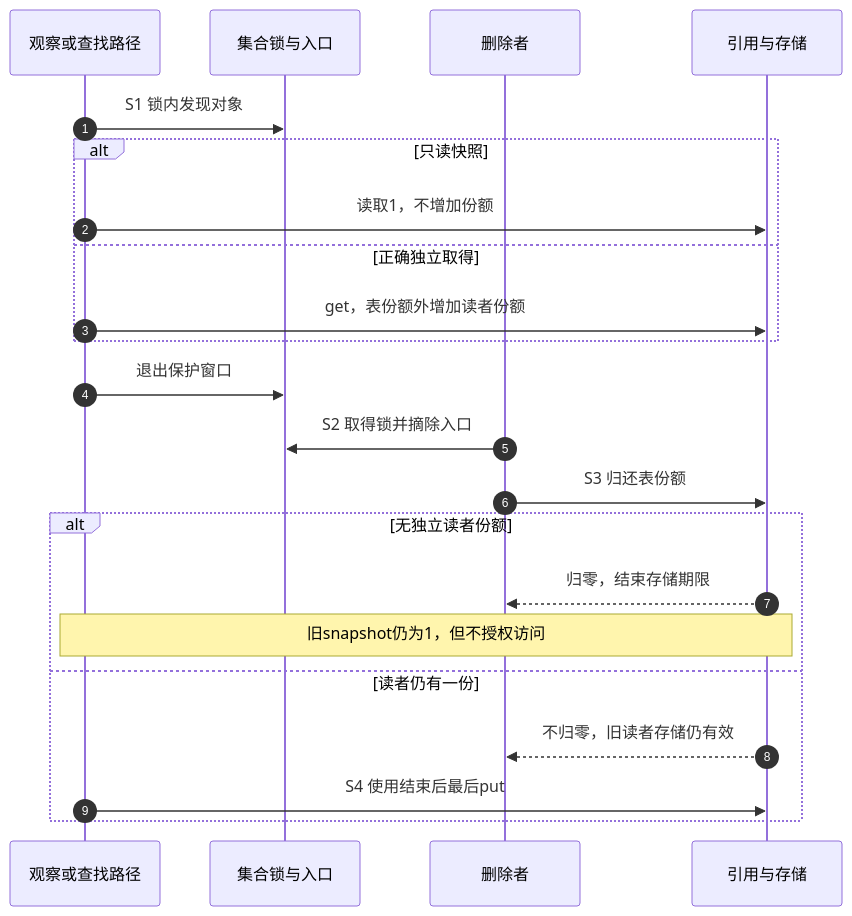
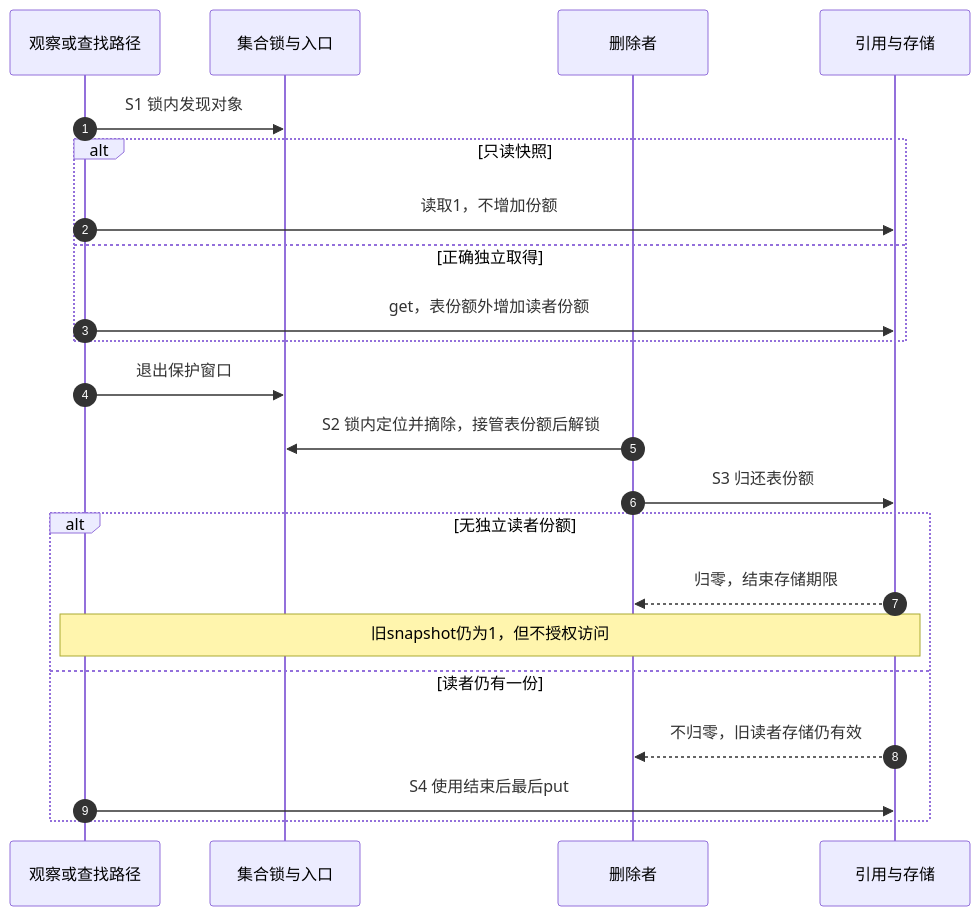
One commit to FormingSystem/linux_note changed the second of 2 diagrams in knowledge/linux/object_lifetime/kref/P40_多归还与失效窗口实验.md. Above: the diagram before and after it, drawn with Mermaid. The commit also changed other lines of this file and 2 other files, not shown here.

````diff
--- a/knowledge/linux/object_lifetime/kref/P40_多归还与失效窗口实验.md
+++ b/knowledge/linux/object_lifetime/kref/P40_多归还与失效窗口实验.md
@@ -136,24 +156,24 @@
 ```mermaid
 sequenceDiagram
     autonumber
     participant O as 观察或查找路径
     participant T as 集合锁与入口
     participant D as 删除者
     participant R as 引用与存储
     O->>T: S1 锁内发现对象
     alt 只读快照
         O->>R: 读取1，不增加份额
     else 正确独立取得
         O->>R: get，表份额外增加读者份额
     end
     O->>T: 退出保护窗口
-    D->>T: S2 取得锁并摘除入口
+    D->>T: S2 锁内定位并摘除，接管表份额后解锁
     D->>R: S3 归还表份额
     alt 无独立读者份额
         R-->>D: 归零，结束存储期限
         Note over O,R: 旧snapshot仍为1，但不授权访问
     else 读者仍有一份
         R-->>D: 不归零，旧读者存储仍有效
         O->>R: S4 使用结束后最后put
     end
 ```
````
